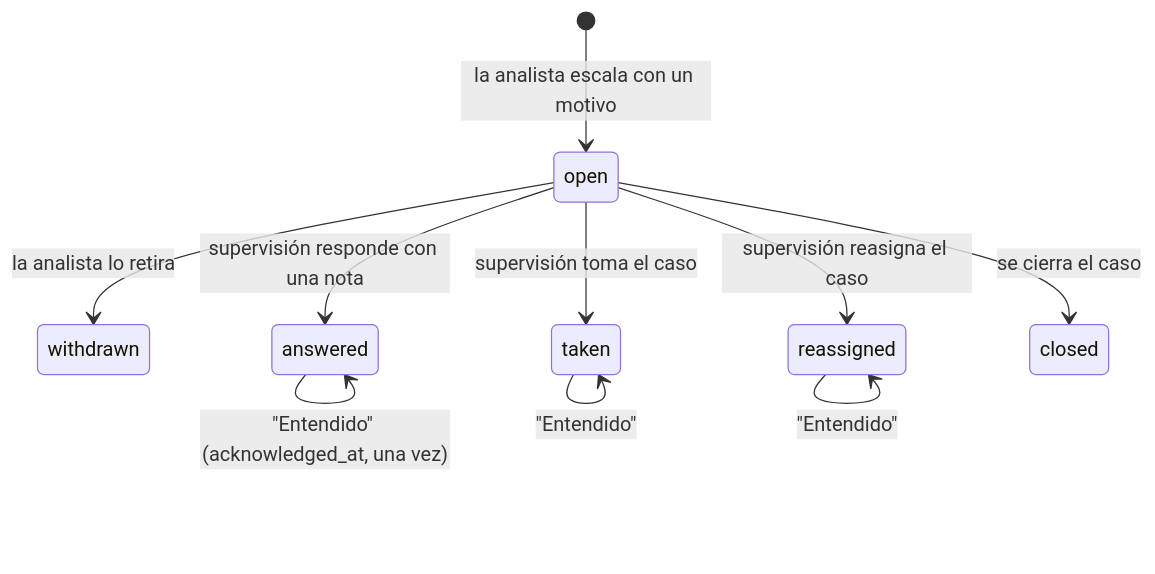
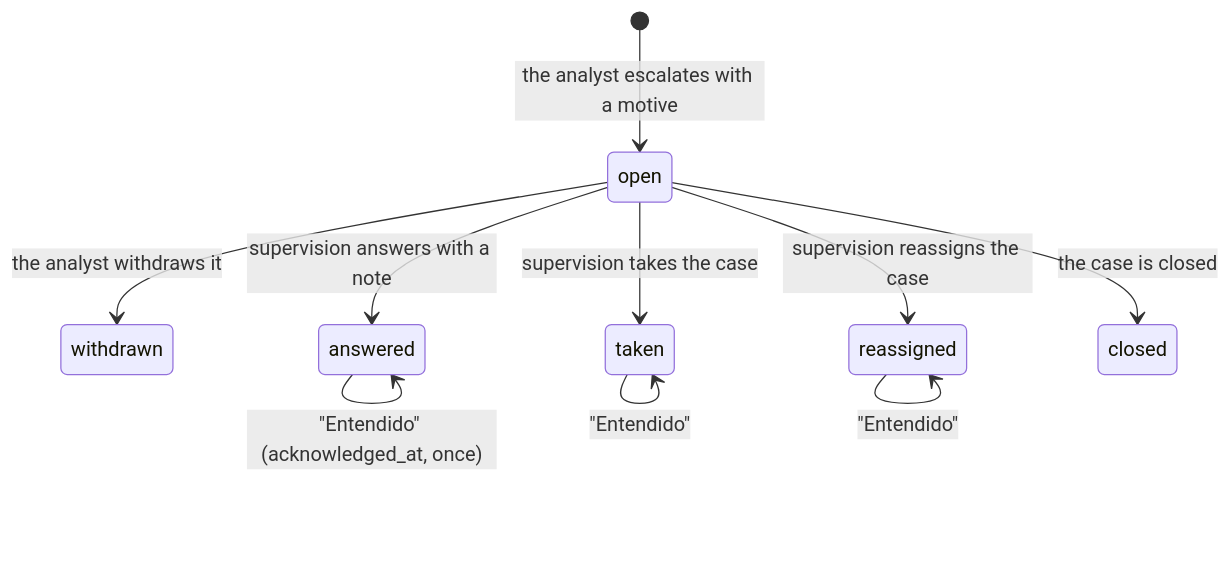
Before and after one commit to factored-hackathon-2026-pulso/support-platform: the third of 4 diagrams in docs/platform/DATA_MODEL.md, drawn with Mermaid. The commit also changed other lines of this file and 41 other files, not shown here.

````diff
--- a/docs/platform/DATA_MODEL.md
+++ b/docs/platform/DATA_MODEL.md
@@ -279,12 +280,12 @@
 ```mermaid
 stateDiagram-v2
-    [*] --> open: la analista escala con un motivo
-    open --> withdrawn: la analista lo retira
-    open --> answered: supervisión responde con una nota
-    open --> taken: supervisión toma el caso
-    open --> reassigned: supervisión reasigna el caso
-    open --> closed: se cierra el caso
-    answered --> answered: "Entendido" (acknowledged_at, una vez)
+    [*] --> open: the analyst escalates with a motive
+    open --> withdrawn: the analyst withdraws it
+    open --> answered: supervision answers with a note
+    open --> taken: supervision takes the case
+    open --> reassigned: supervision reassigns the case
+    open --> closed: the case is closed
+    answered --> answered: "Entendido" (acknowledged_at, once)
     taken --> taken: "Entendido"
     reassigned --> reassigned: "Entendido"
 ```
````
